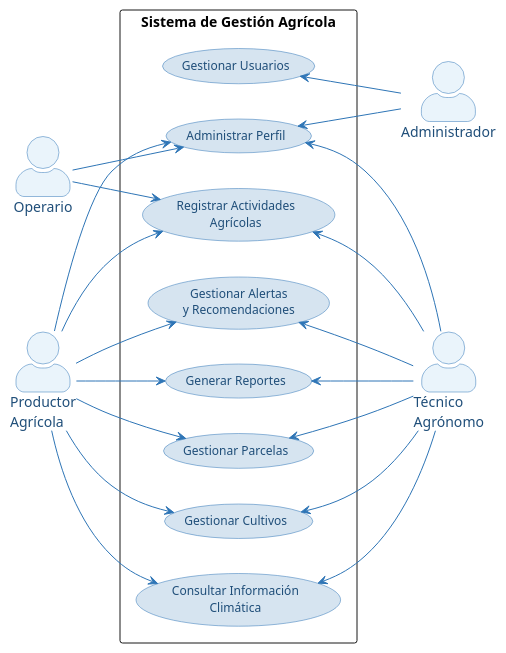
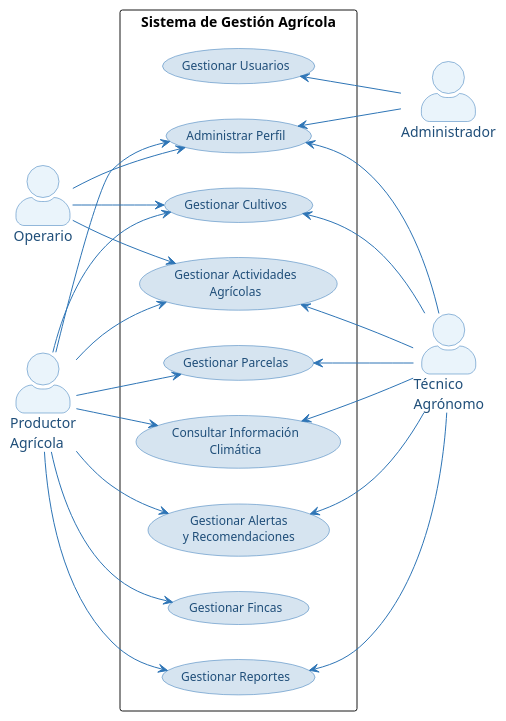
One commit to C4mg943/Arquitectura-Proyecto-final changed the diagram in primer entregable/casos de uso/caso_n0.puml. Above: the diagram before and after it, drawn with PlantUML. The commit also changed 6 other files, not shown here.

```diff
--- a/primer entregable/casos de uso/caso_n0.puml
+++ b/primer entregable/casos de uso/caso_n0.puml
@@ -1,69 +1,71 @@
 @startuml Casos_de_Uso_Nivel_0
 left to right direction
 
 skinparam actorStyle awesome
 skinparam packageStyle rectangle
 skinparam usecase {
   BackgroundColor #D6E4F0
   BorderColor #2E75B6
   FontColor #1F4E79
   FontSize 12
 }
 skinparam actor {
   BackgroundColor #EAF4FB
   BorderColor #2E75B6
   FontColor #1F4E79
 }
 skinparam ArrowColor #2E75B6
 
 ' Actores
 actor "Productor\nAgrícola" as Productor
 actor Operario
 actor "Técnico\nAgrónomo" as Tecnico
 actor Administrador as Admin
 
 ' Sistema
 rectangle "Sistema de Gestión Agrícola" {
 
     ' Gestión (arriba)
     usecase "Gestionar Usuarios" as UC01
     usecase "Administrar Perfil" as UC08
 
     ' Núcleo productivo (centro)
     usecase "Gestionar Parcelas" as UC02
     usecase "Gestionar Cultivos" as UC03
-    usecase "Registrar Actividades\nAgrícolas" as UC04
+    usecase "Gestionar Actividades\nAgrícolas" as UC04
 
     ' Soporte y análisis (abajo)
     usecase "Consultar Información\nClimática" as UC05
     usecase "Gestionar Alertas\ny Recomendaciones" as UC06
-    usecase "Generar Reportes" as UC07
+    usecase "Gestionar Reportes" as UC07
+    usecase "Gestionar Fincas" as UC09
 }
 
 ' Relaciones Productor
 Productor --> UC02
 Productor --> UC03
 Productor --> UC04
 Productor --> UC05
 Productor --> UC06
 Productor --> UC07
 Productor --> UC08
+Productor --> UC09
 
 ' Relaciones Operario
 Operario --> UC04
 Operario --> UC08
-
+Operario --> UC03
 ' Relaciones Técnico
 UC02 <-- Tecnico
 UC03 <-- Tecnico
 UC04 <-- Tecnico
 UC05 <-- Tecnico
 UC06 <-- Tecnico
 UC07 <-- Tecnico
 UC08 <-- Tecnico
 
 ' Relaciones Admin
 UC01 <-- Admin
 UC08 <-- Admin
 
 @enduml
```
